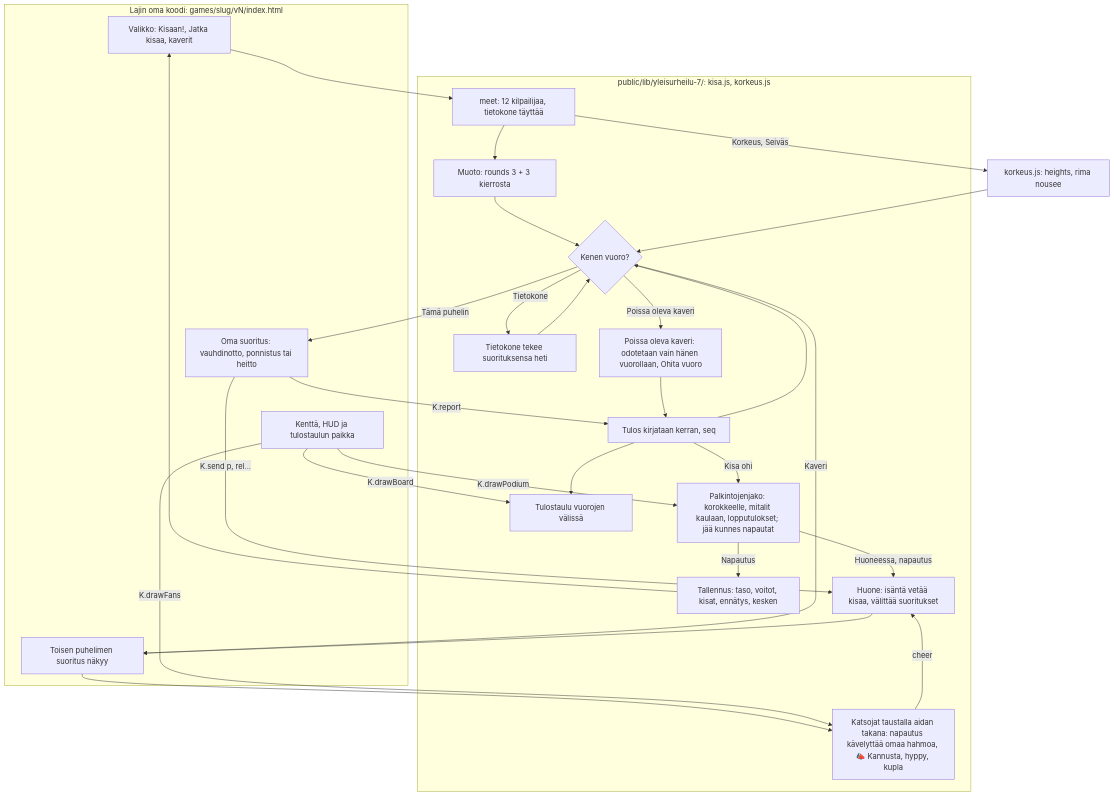
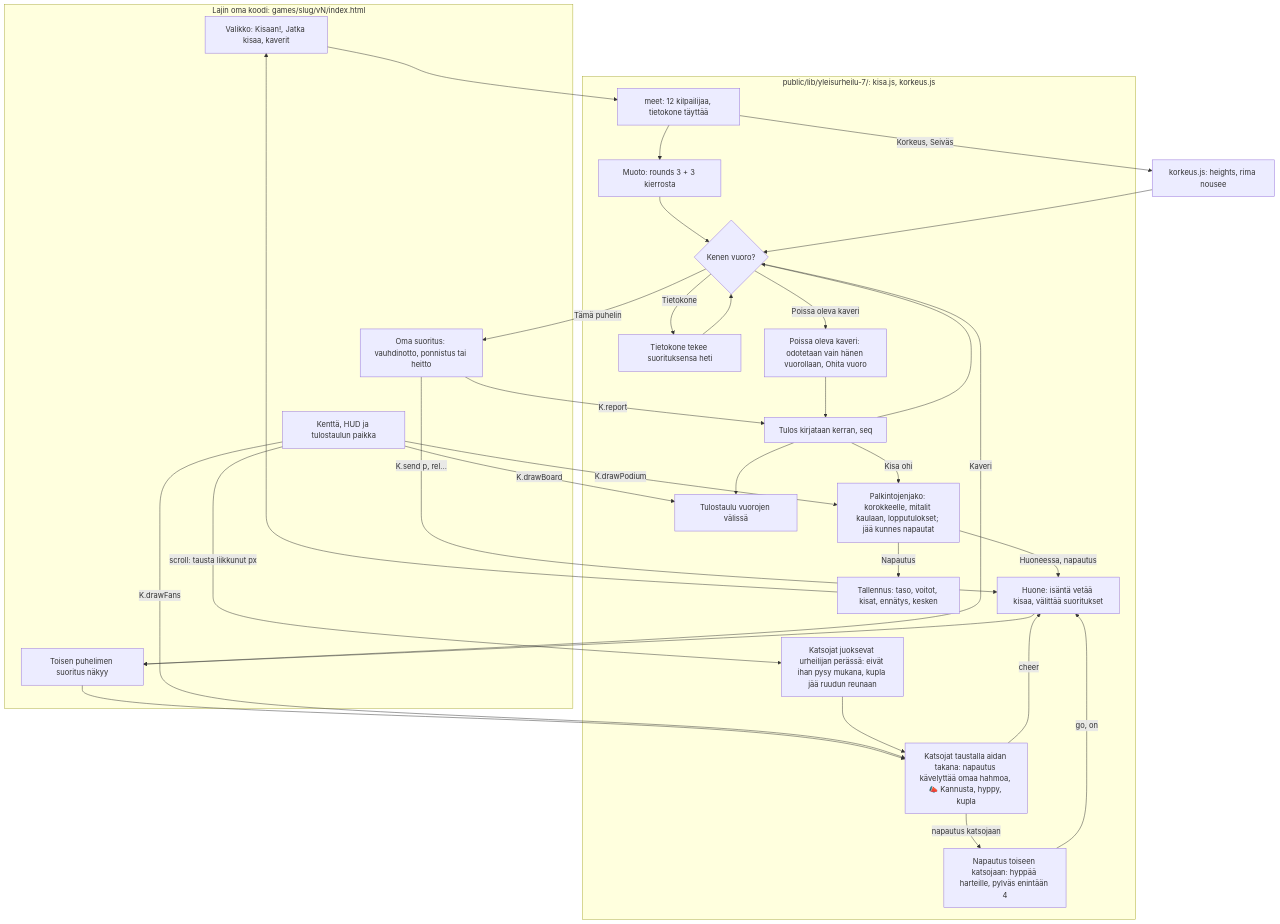
One commit to eerovil/ai-pelit changed the diagram in docs/diagrams/yleisurheilu-kirjasto.md. Above: the diagram before and after it, drawn with Mermaid. The commit also changed other lines of this file, not shown here.

Commit message:
Athletics library diagram: spectators run after the athlete and stack into columns (#373)

````diff
--- a/docs/diagrams/yleisurheilu-kirjasto.md
+++ b/docs/diagrams/yleisurheilu-kirjasto.md
@@ -23,46 +23,52 @@
 ```mermaid
 flowchart TD
   subgraph Peli[Lajin oma koodi: games/slug/vN/index.html]
     G1[Valikko: Kisaan!, Jatka kisaa, kaverit]
     G2[Oma suoritus: vauhdinotto, ponnistus tai heitto]
     G3[Toisen puhelimen suoritus näkyy]
     G4[Kenttä, HUD ja tulostaulun paikka]
   end
   subgraph Kirjasto[public/lib/yleisurheilu-7/: kisa.js, korkeus.js]
     K1[meet: 12 kilpailijaa, tietokone täyttää]
     K2[Muoto: rounds 3 + 3 kierrosta]
     K3{Kenen vuoro?}
     K4[Tietokone tekee suorituksensa heti]
     K5[Tulos kirjataan kerran, seq]
     K6[Tulostaulu vuorojen välissä]
     K9[Palkintojenjako: korokkeelle, mitalit kaulaan, lopputulokset; jää kunnes napautat]
     K7[Tallennus: taso, voitot, kisat, ennätys, kesken]
     K8[Huone: isäntä vetää kisaa, välittää suoritukset]
     K10[Katsojat taustalla aidan takana: napautus kävelyttää omaa hahmoa, 📣 Kannusta, hyppy, kupla]
+    K13[Napautus toiseen katsojaan: hyppää harteille, pylväs enintään 4]
+    K12[Katsojat juoksevat urheilijan perässä: eivät ihan pysy mukana, kupla jää ruudun reunaan]
     K11[Poissa oleva kaveri: odotetaan vain hänen vuorollaan, Ohita vuoro]
   end
   G1 --> K1 --> K2 --> K3
   K1 -- Korkeus, Seiväs --> H1[korkeus.js: heights, rima nousee]
   H1 --> K3
   K3 -- Tietokone --> K4 --> K3
   K3 -- Poissa oleva kaveri --> K11 --> K5
   K3 -- Tämä puhelin --> G2
   K3 -- Kaveri --> G3
   G3 --> K10
   G4 -- K.drawFans --> K10
+  G4 -- scroll: tausta liikkunut px --> K12
+  K12 --> K10
+  K10 -- napautus katsojaan --> K13
+  K13 -- go, on --> K8
   K10 -- cheer --> K8
   G2 -- K.report --> K5
   G2 -- K.send p, rel... --> K8 --> G3
   K5 --> K3
   K5 --> K6
   K5 -- Kisa ohi --> K9
   K9 -- Napautus --> K7 --> G1
   K9 -- Huoneessa, napautus --> K8
   G4 -- K.drawBoard --> K6
   G4 -- K.drawPodium --> K9
   class G1,G2,G4 blue
-  class G3,K8,K10,K11 violet
+  class G3,K8,K10,K11,K12,K13 violet
   class K3 amber
   class K1,K2,K4,K5,H1 teal
   class K6,K7,K9 green
 ```
````
